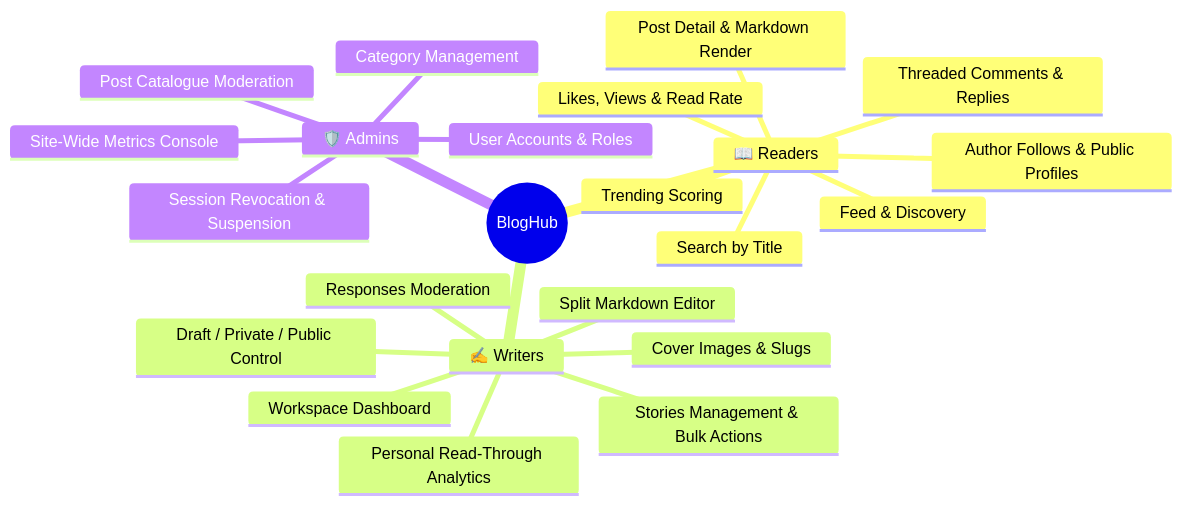
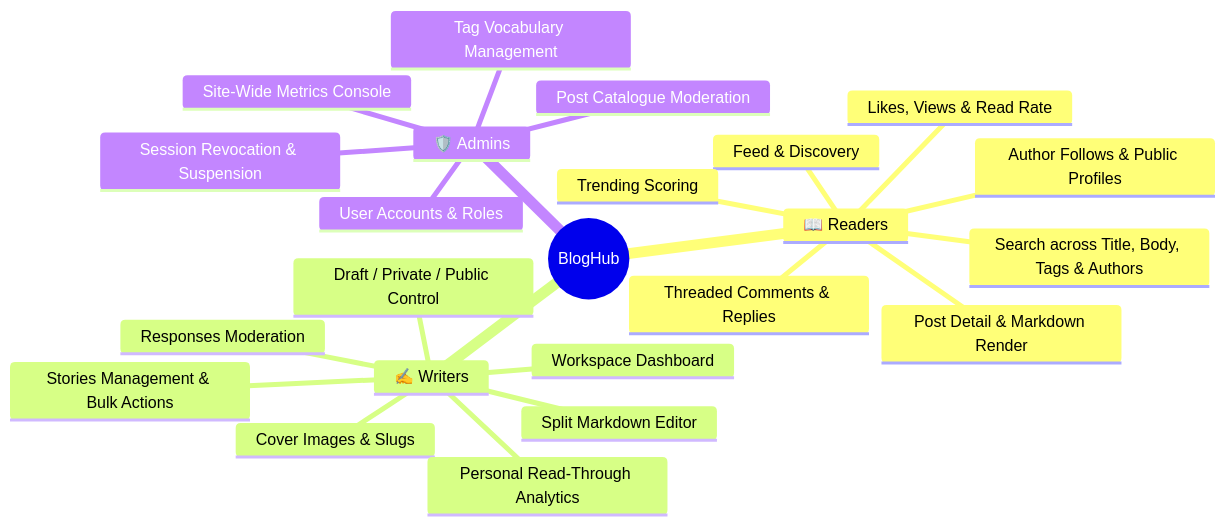
Before and after one commit to Purvesh-PJ/bloghub: the diagram in docs/product/features.md, drawn with Mermaid. The commit also changed other lines of this file and 24 other files, not shown here.

````diff
--- a/docs/product/features.md
+++ b/docs/product/features.md
@@ -18,26 +18,26 @@
 ```mermaid
 mindmap
   root((BlogHub))
     📖 Readers
       Feed & Discovery
       Trending Scoring
-      Search by Title
+      Search across Title, Body, Tags & Authors
       Post Detail & Markdown Render
       Likes, Views & Read Rate
       Threaded Comments & Replies
       Author Follows & Public Profiles
     ✍️ Writers
       Split Markdown Editor
       Cover Images & Slugs
       Draft / Private / Public Control
       Workspace Dashboard
       Stories Management & Bulk Actions
       Personal Read-Through Analytics
       Responses Moderation
     🛡️ Admins
       Site-Wide Metrics Console
       Post Catalogue Moderation
-      Category Management
+      Tag Vocabulary Management
       User Accounts & Roles
       Session Revocation & Suspension
 ```
````
